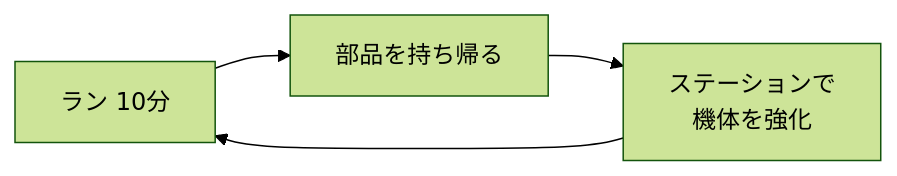
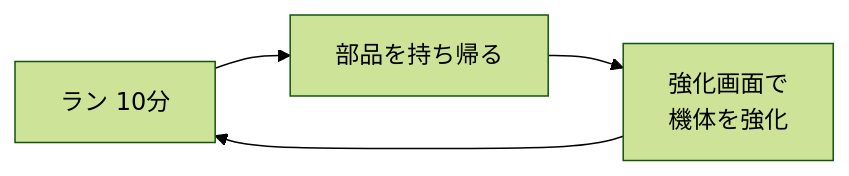
The second of 2 diagrams in docs/concept.md (Tomatoguy1029/speed), drawn with Mermaid (forest theme) before and after one commit. The commit also changed other lines of this file and 6 other files, not shown here.

Commit message:
docs: record architecture decisions and add the implementation plan

````diff
--- a/docs/concept.md
+++ b/docs/concept.md
@@ -137,6 +138,6 @@
 ```mermaid
 flowchart LR
   R[ラン 10分] --> P[部品を持ち帰る]
-  P --> S[ステーションで<br>機体を強化]
+  P --> S[強化画面で<br>機体を強化]
   S --> R
 ```
````
